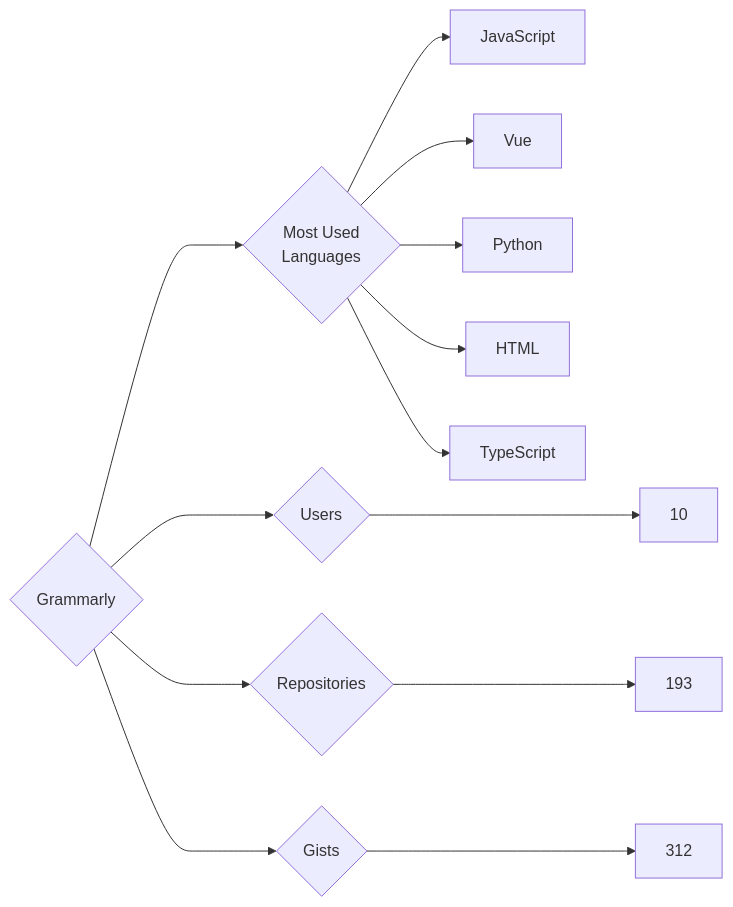
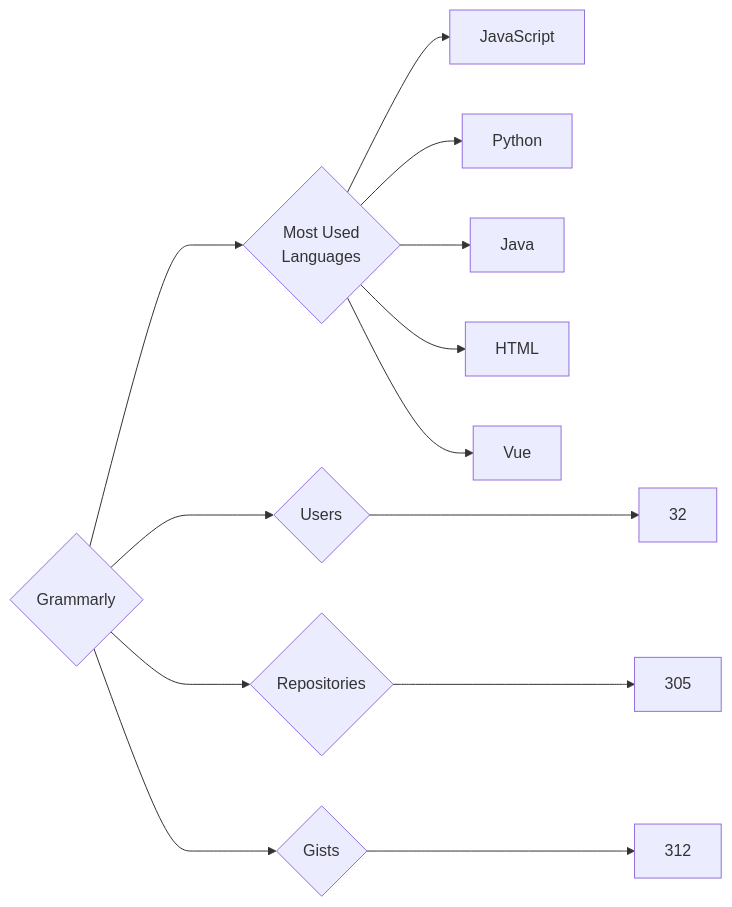
The diagram in targets/Grammarly/README.md (trickest/insiders), drawn with Mermaid before and after one commit. The commit also changed 874 other files, not shown here.

````diff
--- a/targets/Grammarly/README.md
+++ b/targets/Grammarly/README.md
@@ -3,13 +3,13 @@
 ```mermaid
 graph LR
 COMPANY_NAME{Grammarly}
-COMPANY_NAME ---> U{Users} ---> UN[10]
-COMPANY_NAME ---> R{Repositories} ---> RN[193]
+COMPANY_NAME ---> U{Users} ---> UN[32]
+COMPANY_NAME ---> R{Repositories} ---> RN[305]
 COMPANY_NAME ---> G{Gists} ---> GN[312]
 COMPANY_NAME ---> ML{Most Used<br>Languages}
 ML --> JavaScript[JavaScript]
+ML --> Python[Python]
+ML --> Java[Java]
+ML --> HTML[HTML]
 ML --> Vue[Vue]
-ML --> Python[Python]
-ML --> HTML[HTML]
-ML --> TypeScript[TypeScript]
 ```
````
